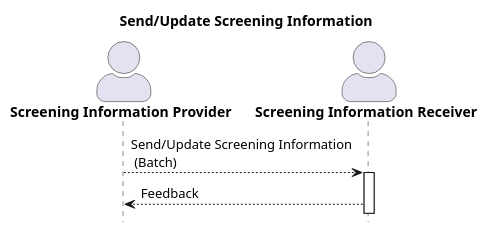
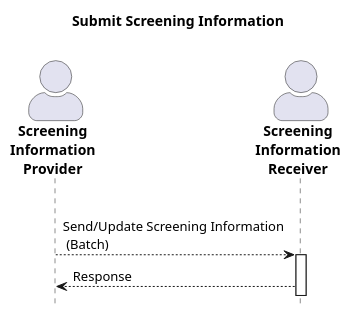
Before and after one commit to hl7-be/public-health: the diagram in input/images-source/send-update-screening-information.plantuml, drawn with PlantUML. The commit also changed 24 other files, not shown here.

```diff
--- a/input/images-source/send-update-screening-information.plantuml
+++ b/input/images-source/send-update-screening-information.plantuml
@@ -1,17 +1,18 @@
 @startuml
-title Send/Update Screening Information
+title Submit Screening Information\n
 skinparam actorStyle awesome
 
 hide footbox
 
 '!include ./style.iuml
 
-actor "**Screening Information Provider**" as SIP
-actor "**Screening Information Receiver**" as SIR
+actor "**Screening**\n**Information**\n**Provider**" as SIP
+actor "**Screening**\n**Information**\n**Receiver**" as SIR
 
+|||
 SIP --> SIR : Send/Update Screening Information\n (Batch)
 activate SIR
-SIR --> SIP: Feedback 
+SIR --> SIP: Response 
 
 
 @enduml
```
